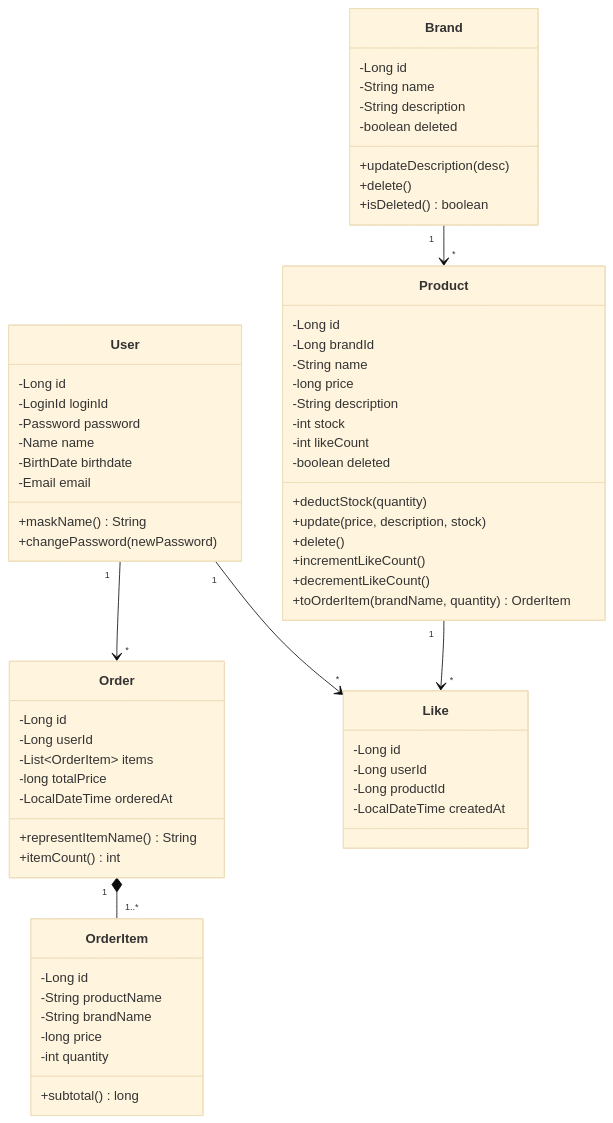
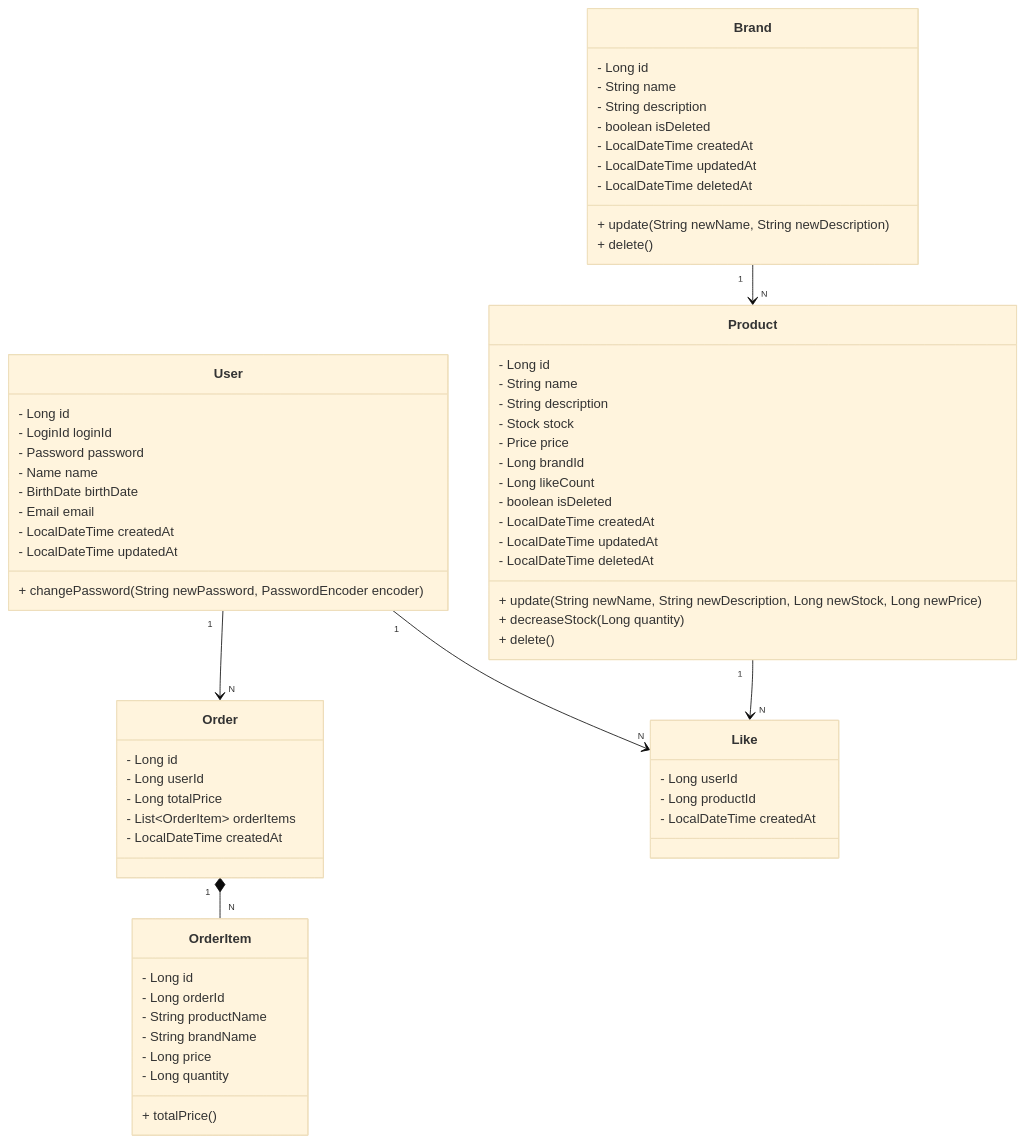
One commit to seonminKim1122/loop-pack-be-l2-vol3-java changed the diagram in .docs/design/03-class-diagram.md. Above: the diagram before and after it, drawn with Mermaid (base theme). The commit also changed 3 other files, not shown here.

Commit message:
docs: 요구사항정의서, 시퀀스다이어그램, 클래스다이어그램, ERD 수정

````diff
--- a/.docs/design/03-class-diagram.md
+++ b/.docs/design/03-class-diagram.md
@@ -5,72 +5,73 @@
 ```mermaid
 classDiagram
     class User {
-        -Long id
-        -LoginId loginId
-        -Password password
-        -Name name
-        -BirthDate birthdate
-        -Email email
-        +maskName() String
-        +changePassword(newPassword)
+        - Long id
+        - LoginId loginId
+        - Password password
+        - Name name
+        - BirthDate birthDate
+        - Email email
+        - LocalDateTime createdAt
+        - LocalDateTime updatedAt
+        + changePassword(String newPassword, PasswordEncoder encoder)
+    }
+    
+    class Brand {
+        - Long id
+        - String name
+        - String description
+        - boolean isDeleted
+        - LocalDateTime createdAt
+        - LocalDateTime updatedAt
+        - LocalDateTime deletedAt
+        + update(String newName, String newDescription)
+        + delete()
+    }
+    
+    class Product {
+        - Long id
+        - String name
+        - String description
+        - Stock stock
+        - Price price
+        - Long brandId
+        - Long likeCount
+        - boolean isDeleted
+        - LocalDateTime createdAt
+        - LocalDateTime updatedAt
+        - LocalDateTime deletedAt
+        + update(String newName, String newDescription, Long newStock, Long newPrice)
+        + decreaseStock(Long quantity)
+        + delete()
+    }
+    
+    class Like {
+        - Long userId
+        - Long productId
+        - LocalDateTime createdAt
+    }
+    
+    class Order {
+        - Long id
+        - Long userId
+        - Long totalPrice
+        - List~OrderItem~ orderItems
+        - LocalDateTime createdAt
+    }
+    
+    class OrderItem {
+        - Long id
+        - Long orderId
+        - String productName
+        - String brandName
+        - Long price
+        - Long quantity
+        + totalPrice()
     }
 
-    class Brand {
-        -Long id
-        -String name
-        -String description
-        -boolean deleted
-        +updateDescription(desc)
-        +delete()
-        +isDeleted() boolean
-    }
-
-    class Product {
-        -Long id
-        -Long brandId
-        -String name
-        -long price
-        -String description
-        -int stock
-        -int likeCount
-        -boolean deleted
-        +deductStock(quantity)
-        +update(price, description, stock)
-        +delete()
-        +incrementLikeCount()
-        +decrementLikeCount()
-        +toOrderItem(brandName, quantity) OrderItem
-    }
-
-    class Order {
-        -Long id
-        -Long userId
-        -List~OrderItem~ items
-        -long totalPrice
-        -LocalDateTime orderedAt
-        +representItemName() String
-        +itemCount() int
-    }
-
-    class OrderItem {
-        -Long id
-        -String productName
-        -String brandName
-        -long price
-        -int quantity
-        +subtotal() long
-    }
-
-    class Like {
-        -Long id
-        -Long userId
-        -Long productId
-        -LocalDateTime createdAt
-    }
-
-    Brand "1" --> "*" Product
-    Order "1" *-- "1..*" OrderItem
-    User "1" --> "*" Order
-    User "1" --> "*" Like
-    Product "1" --> "*" Like
+    User "1" --> "N" Order
+    User "1" --> "N" Like
+    Order "1" *-- "N" OrderItem
+    Product "1" --> "N" Like
+    Brand "1" --> "N" Product
 ```
````
